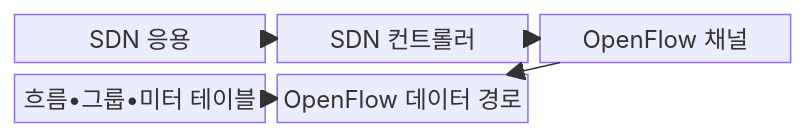
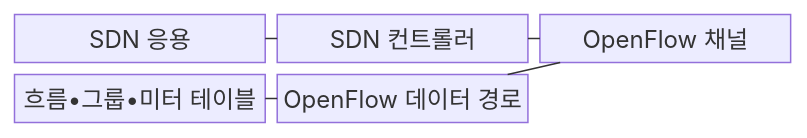
One commit to agnusdei1207/knowledge-base changed the first of 2 diagrams in src/content/docs/notes/04-network/058_sdn_controller_openflow.md. Above: the diagram before and after it, drawn with Mermaid. The commit also changed other lines of this file and 493 other files, not shown here.

````diff
--- a/src/content/docs/notes/04-network/058_sdn_controller_openflow.md
+++ b/src/content/docs/notes/04-network/058_sdn_controller_openflow.md
@@ -66,13 +66,13 @@
 ```mermaid
 block-beta
     columns 3
     A["SDN 응용"]
     B["SDN 컨트롤러"]
     C["OpenFlow 채널"]
     D["흐름•그룹•미터 테이블"]
     E["OpenFlow 데이터 경로"]
-    A --> B
-    B --> C
-    C --> E
-    E --> D
+    A --- B
+    B --- C
+    C --- E
+    E --- D
 ```
````
